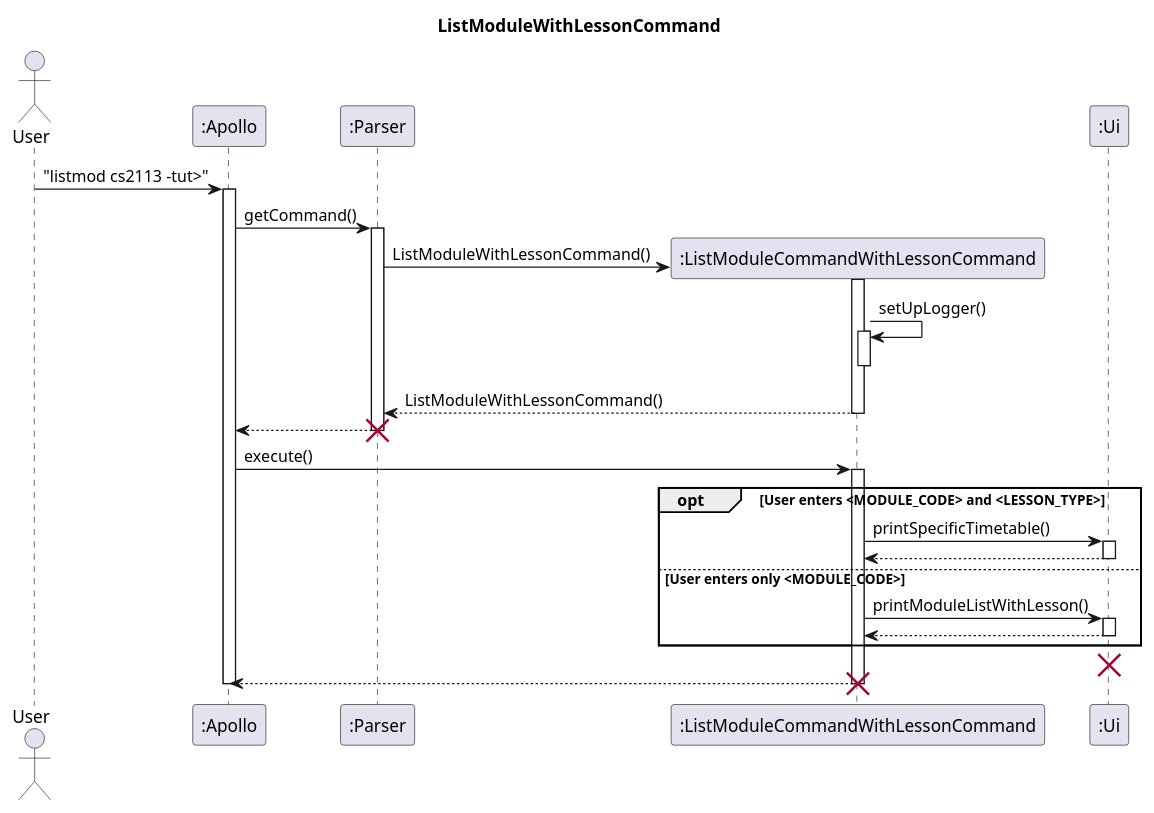
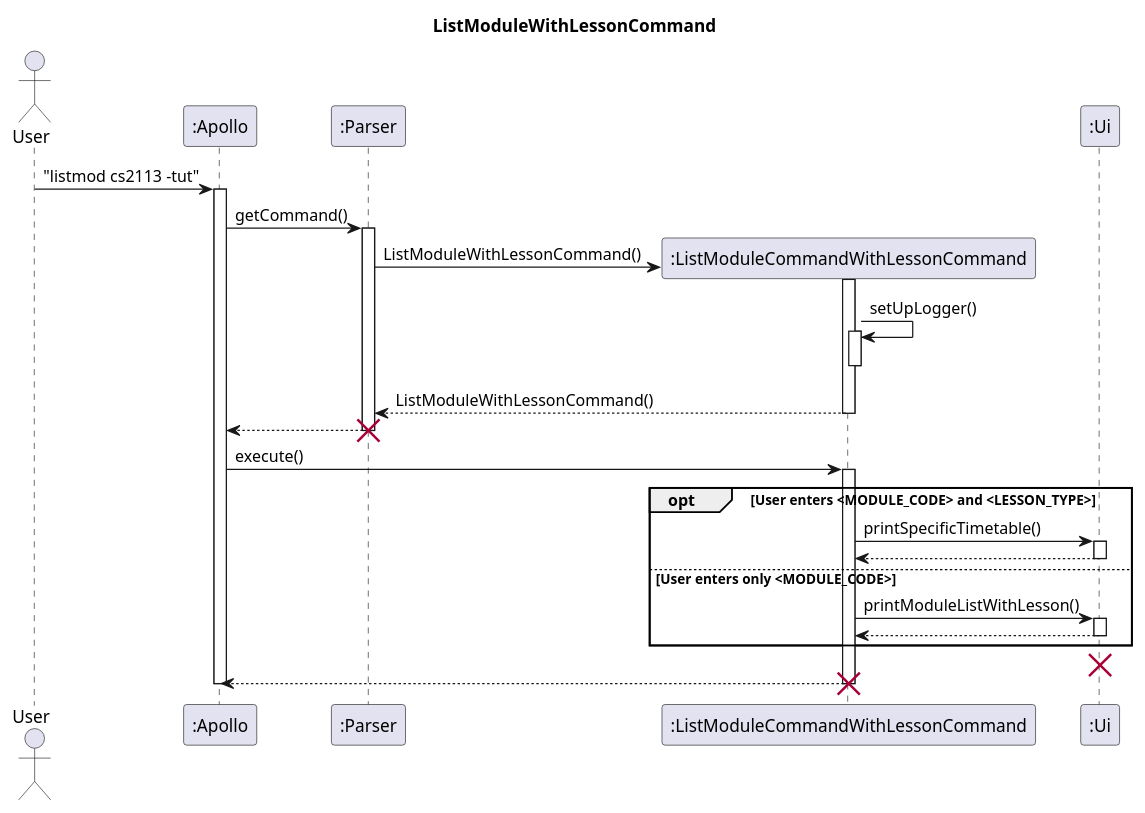
Before and after one commit to nus-cs2113-AY2223S2/tp: the diagram in docs/uml-source/ListModuleWithLessonCommand.puml, drawn with PlantUML. The commit also changed 1 other file, not shown here.

Commit message:
Update UML with specific inputs

```diff
--- a/docs/uml-source/ListModuleWithLessonCommand.puml
+++ b/docs/uml-source/ListModuleWithLessonCommand.puml
@@ -1,68 +1,68 @@
 @startuml
 'https://plantuml.com/sequence-diagram
 
 skinparam maxMessageSize 150
 
 title ListModuleWithLessonCommand
 
 actor User
 
 participant ":Apollo" as Apollo
 participant ":Parser" as Parser
 participant ":ListModuleCommandWithLessonCommand" as ListMod
 participant ":Ui" as Ui
 
-User -> Apollo : "listmod cs2113 -tut>"
+User -> Apollo : "listmod cs2113 -tut"
 
 activate Apollo
 Apollo -> Parser : getCommand()
 activate Parser
 
 Parser -> ListMod** : ListModuleWithLessonCommand()
 activate ListMod
 
 ListMod -> ListMod : setUpLogger()
 activate ListMod
 deactivate ListMod
 
 ListMod --> Parser : ListModuleWithLessonCommand()
 deactivate ListMod
 
 Parser --> Apollo
 deactivate Parser
 destroy Parser
 
 Apollo -> ListMod : execute()
 activate ListMod
 
 opt User enters <MODULE_CODE> and <LESSON_TYPE>
 ListMod -> Ui : printSpecificTimetable()
 
 activate Ui
 Ui --> ListMod
 deactivate Ui
 
 else User enters only <MODULE_CODE>
 ListMod -> Ui : printModuleListWithLesson()
 
 activate Ui
 Ui --> ListMod
 deactivate Ui
 
 end
 
 destroy Ui
 
 ListMod --> Apollo
 
 deactivate ListMod
 destroy ListMod
 
 
 deactivate Apollo
 
 
 
 
 
 @enduml
```
